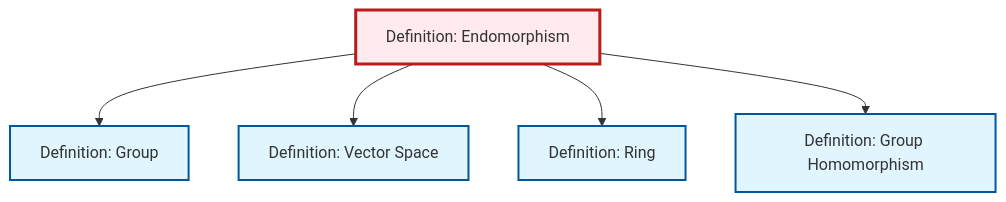
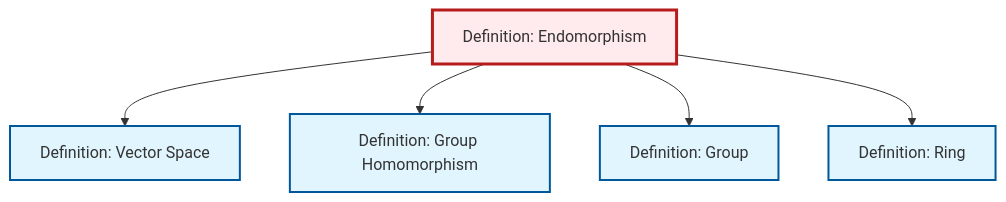
Before and after one commit to RK0429/ModernMath: the diagram in content/ja/algebra/def-endomorphism.qmd, drawn with Mermaid. The commit also changed other lines of this file and 597 other files, not shown here.

````diff
--- a/content/ja/algebra/def-endomorphism.qmd
+++ b/content/ja/algebra/def-endomorphism.qmd
@@ -89,23 +89,23 @@
 ```{mermaid}
 %%| fig-cap: "Local dependency graph"
 graph TD
     classDef definition fill:#e1f5fe,stroke:#01579b,stroke-width:2px
     classDef theorem fill:#f3e5f5,stroke:#4a148c,stroke-width:2px
     classDef axiom fill:#fff3e0,stroke:#e65100,stroke-width:2px
     classDef example fill:#e8f5e9,stroke:#1b5e20,stroke-width:2px
     classDef current fill:#ffebee,stroke:#b71c1c,stroke-width:3px
+    def-homomorphism["Definition: Group Homomorphism"]:::definition
     def-vector-space["Definition: Vector Space"]:::definition
+    def-endomorphism["Definition: Endomorphism"]:::definition
     def-ring["Definition: Ring"]:::definition
-    def-endomorphism["Definition: Endomorphism"]:::definition
     def-group["Definition: Group"]:::definition
-    def-homomorphism["Definition: Group Homomorphism"]:::definition
+    def-endomorphism --> def-vector-space
+    def-endomorphism --> def-homomorphism
     def-endomorphism --> def-group
-    def-endomorphism --> def-vector-space
     def-endomorphism --> def-ring
-    def-endomorphism --> def-homomorphism
     class def-endomorphism current
+    click def-homomorphism "def-homomorphism.html" "Definition: Group Homomorphismへ"
     click def-vector-space "def-vector-space.html" "Definition: Vector Spaceへ"
     click def-ring "def-ring.html" "Definition: Ringへ"
     click def-group "def-group.html" "Definition: Groupへ"
-    click def-homomorphism "def-homomorphism.html" "Definition: Group Homomorphismへ"
 ```
````
